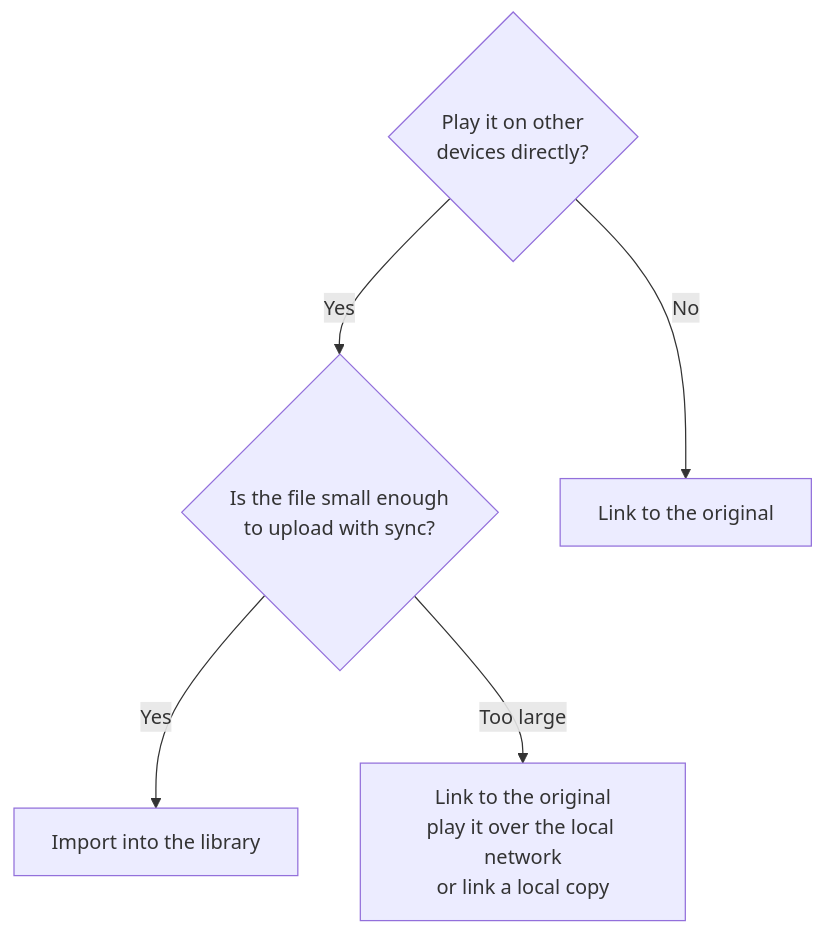
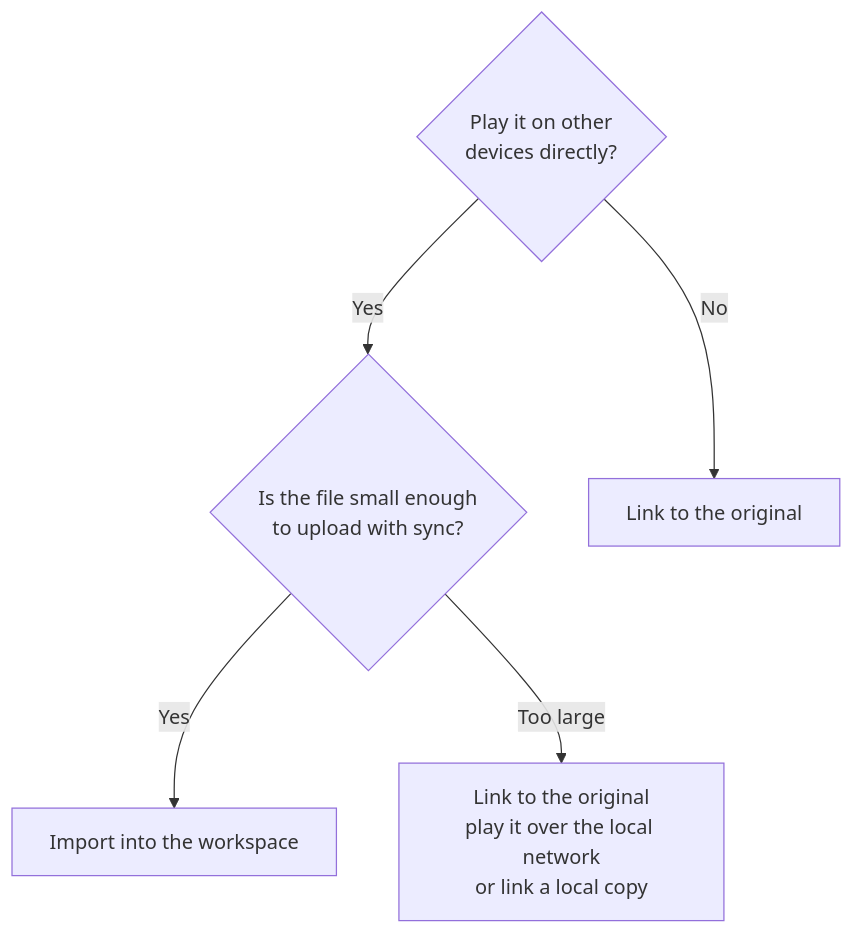
The third of 23 diagrams in guide/en.md (C21H21NO2S/kinex-site), drawn with Mermaid before and after one commit. The commit also changed other lines of this file and 4 other files, not shown here.

````diff
--- a/guide/en.md
+++ b/guide/en.md
@@ -206,7 +206,7 @@
 ```mermaid
 flowchart TD
     Q1{"Play it on other<br/>devices directly?"} -->|Yes| Q2{"Is the file small enough<br/>to upload with sync?"}
     Q1 -->|No| R1["Link to the original"]
-    Q2 -->|Yes| R2["Import into the library"]
+    Q2 -->|Yes| R2["Import into the workspace"]
     Q2 -->|Too large| R3["Link to the original<br/>play it over the local network<br/>or link a local copy"]
 ```
````
